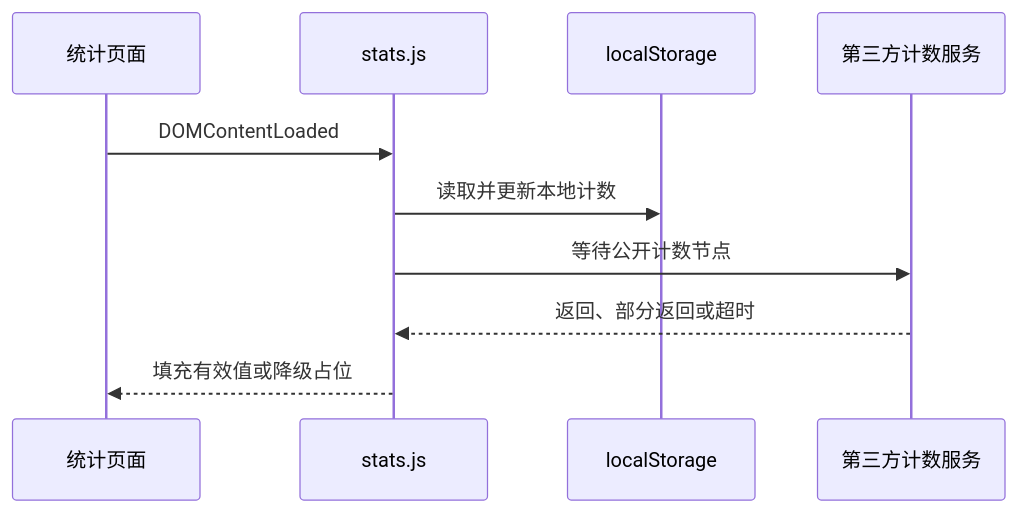
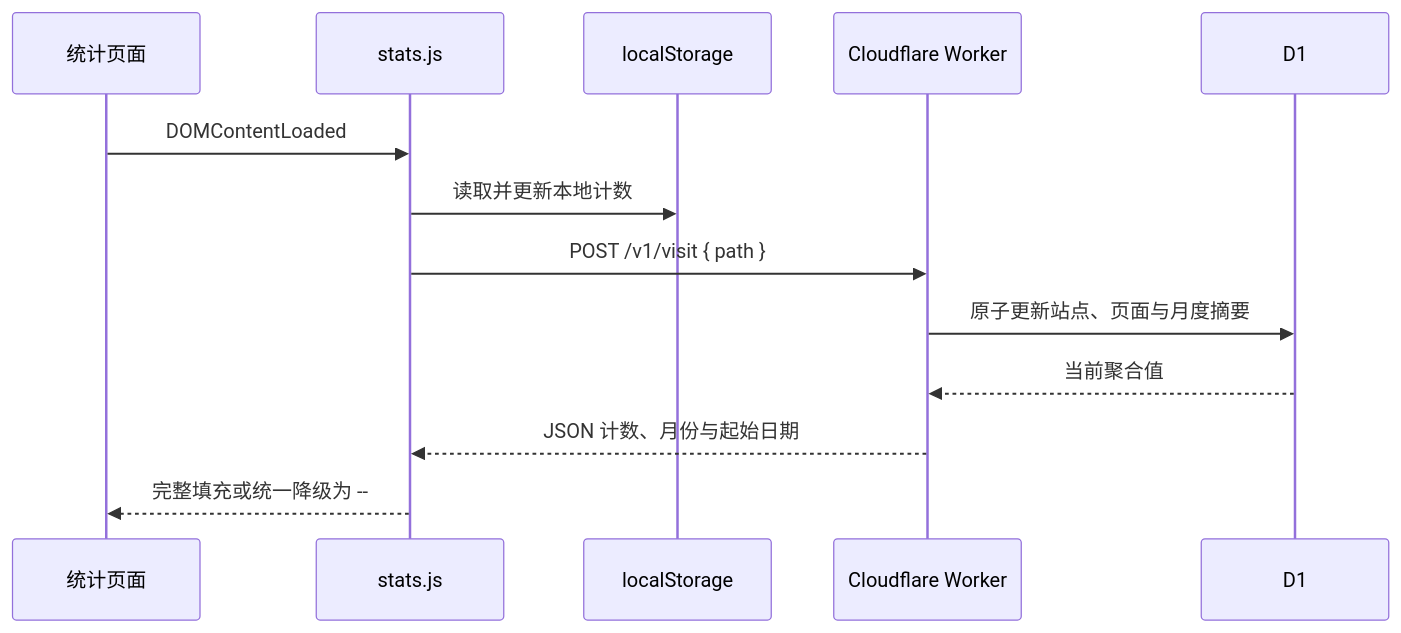
The fourth of 5 diagrams in docs/architecture.md (Yan-ShiBo/Yan-ShiBo.github.io), drawn with Mermaid before and after one commit. The commit also changed other lines of this file and 21 other files, not shown here.

Commit message:
Replace public counters with private stats worker

````diff
--- a/docs/architecture.md
+++ b/docs/architecture.md
@@ -170,12 +174,15 @@
 ```mermaid
 sequenceDiagram
     participant Page as 统计页面
     participant Stats as stats.js
     participant Local as localStorage
-    participant Remote as 第三方计数服务
+    participant Worker as Cloudflare Worker
+    participant D1 as D1
     Page->>Stats: DOMContentLoaded
     Stats->>Local: 读取并更新本地计数
-    Stats->>Remote: 等待公开计数节点
-    Remote-->>Stats: 返回、部分返回或超时
-    Stats-->>Page: 填充有效值或降级占位
+    Stats->>Worker: POST /v1/visit { path }
+    Worker->>D1: 原子更新站点、页面与月度摘要
+    D1-->>Worker: 当前聚合值
+    Worker-->>Stats: JSON 计数、月份与起始日期
+    Stats-->>Page: 完整填充或统一降级为 --
 ```
````
